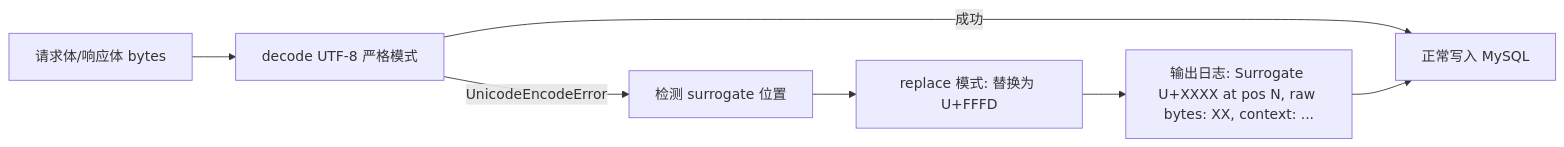
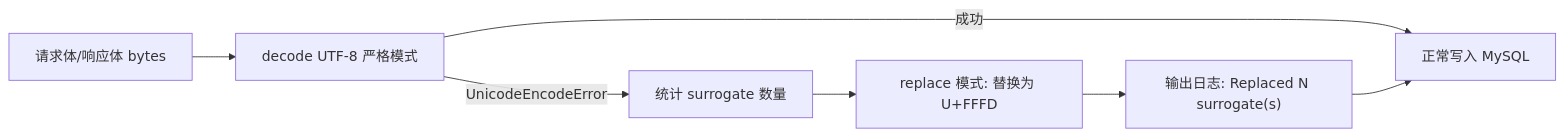
The eighth of 9 diagrams in README.md (HaoCheng-Wang/llm-proxy), drawn with Mermaid before and after one commit. The commit also changed other lines of this file and 10 other files, not shown here.

````diff
--- a/README.md
+++ b/README.md
@@ -431,9 +370,9 @@
 ```mermaid
 flowchart LR
     A[请求体/响应体 bytes] --> B[decode UTF-8 严格模式]
     B -->|成功| C[正常写入 MySQL]
-    B -->|UnicodeEncodeError| D[检测 surrogate 位置]
+    B -->|UnicodeEncodeError| D[统计 surrogate 数量]
     D --> E["replace 模式: 替换为 U+FFFD"]
-    E --> F["输出日志: Surrogate U+XXXX at pos N, raw bytes: XX, context: ..."]
+    E --> F["输出日志: Replaced N surrogate(s)"]
     F --> C
 ```
````
